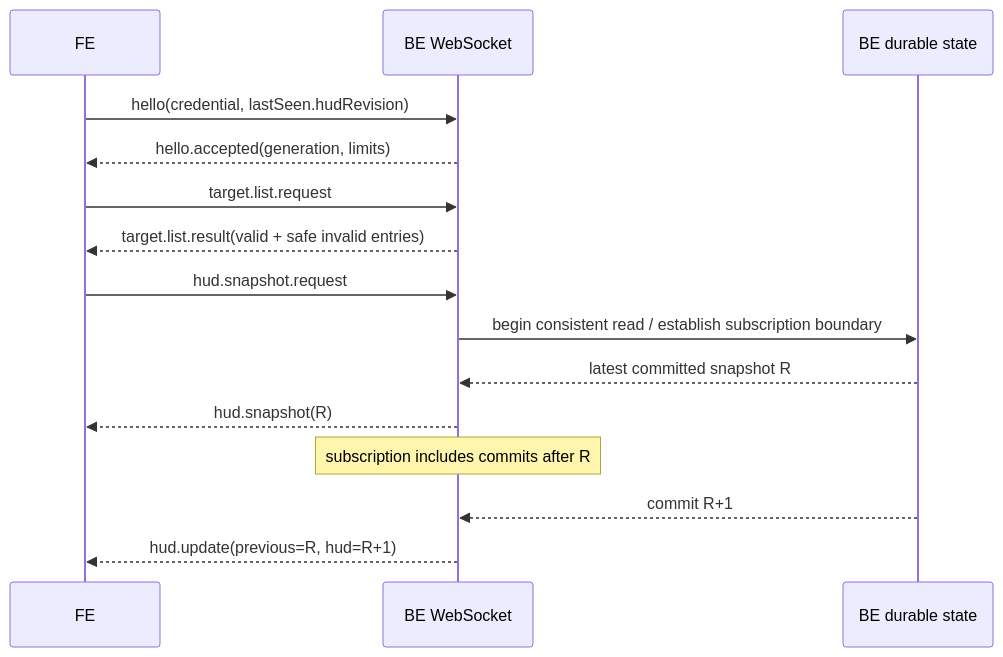
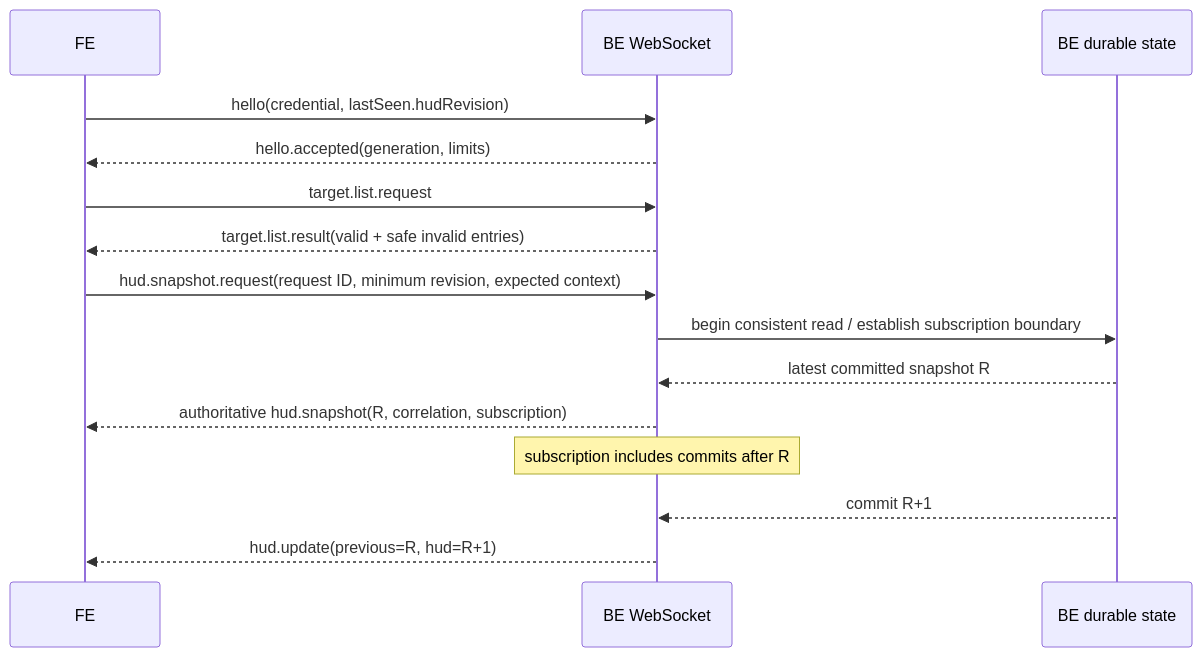
One commit to Synclab-VN-dev/StreamOps changed the third of 3 diagrams in utility/d4planner/contracts/release1/v1/adr-001-integration-boundaries.md. Above: the diagram before and after it, drawn with Mermaid. The commit also changed other lines of this file and 21 other files, not shown here.

````diff
--- a/utility/d4planner/contracts/release1/v1/adr-001-integration-boundaries.md
+++ b/utility/d4planner/contracts/release1/v1/adr-001-integration-boundaries.md
@@ -166,17 +193,17 @@
 ```mermaid
 sequenceDiagram
   participant FE
   participant WS as BE WebSocket
   participant DB as BE durable state
   FE->>WS: hello(credential, lastSeen.hudRevision)
   WS-->>FE: hello.accepted(generation, limits)
   FE->>WS: target.list.request
   WS-->>FE: target.list.result(valid + safe invalid entries)
-  FE->>WS: hud.snapshot.request
+  FE->>WS: hud.snapshot.request(request ID, minimum revision, expected context)
   WS->>DB: begin consistent read / establish subscription boundary
   DB-->>WS: latest committed snapshot R
-  WS-->>FE: hud.snapshot(R)
+  WS-->>FE: authoritative hud.snapshot(R, correlation, subscription)
   Note over WS: subscription includes commits after R
   DB-->>WS: commit R+1
   WS-->>FE: hud.update(previous=R, hud=R+1)
 ```
````
